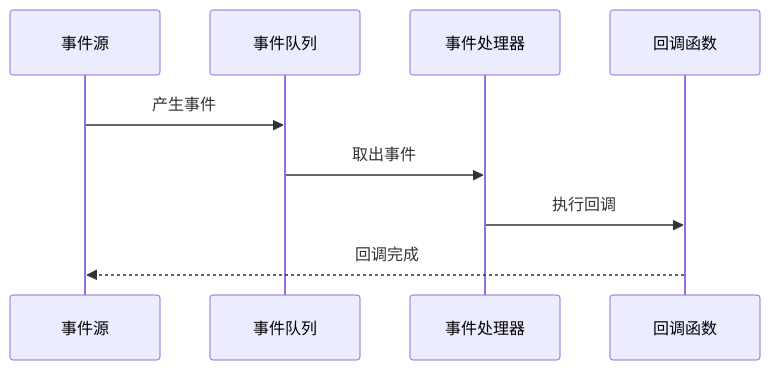
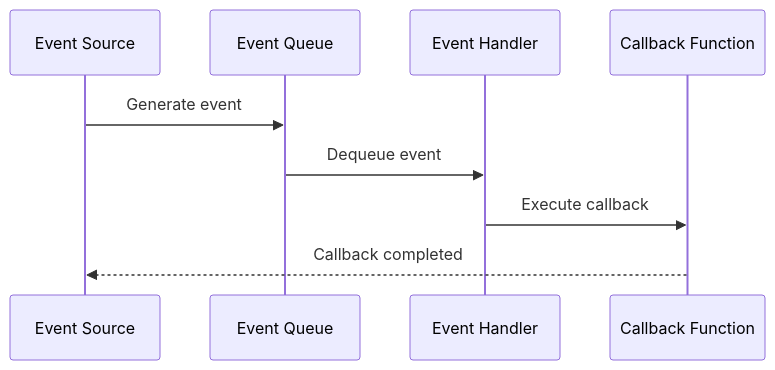
One commit to fossabot/ElenixOS-Docs changed the diagram in i18n/en/docusaurus-plugin-content-docs/current/core/events.mdx. Above: the diagram before and after it, drawn with Mermaid. The commit also changed other lines of this file and 38 other files, not shown here.

````diff
--- a/i18n/en/docusaurus-plugin-content-docs/current/core/events.mdx
+++ b/i18n/en/docusaurus-plugin-content-docs/current/core/events.mdx
@@ -122,12 +122,12 @@
 ```mermaid
 sequenceDiagram
-    participant EventSource as 事件源
-    participant EventQueue as 事件队列
-    participant EventHandler as 事件处理器
-    participant Callback as 回调函数
+    participant EventSource as Event Source
+    participant EventQueue as Event Queue
+    participant EventHandler as Event Handler
+    participant Callback as Callback Function
 
-    EventSource->>EventQueue: 产生事件
-    EventQueue->>EventHandler: 取出事件
-    EventHandler->>Callback: 执行回调
-    Callback-->>EventSource: 回调完成
+    EventSource->>EventQueue: Generate event
+    EventQueue->>EventHandler: Dequeue event
+    EventHandler->>Callback: Execute callback
+    Callback-->>EventSource: Callback completed
 ```
````
